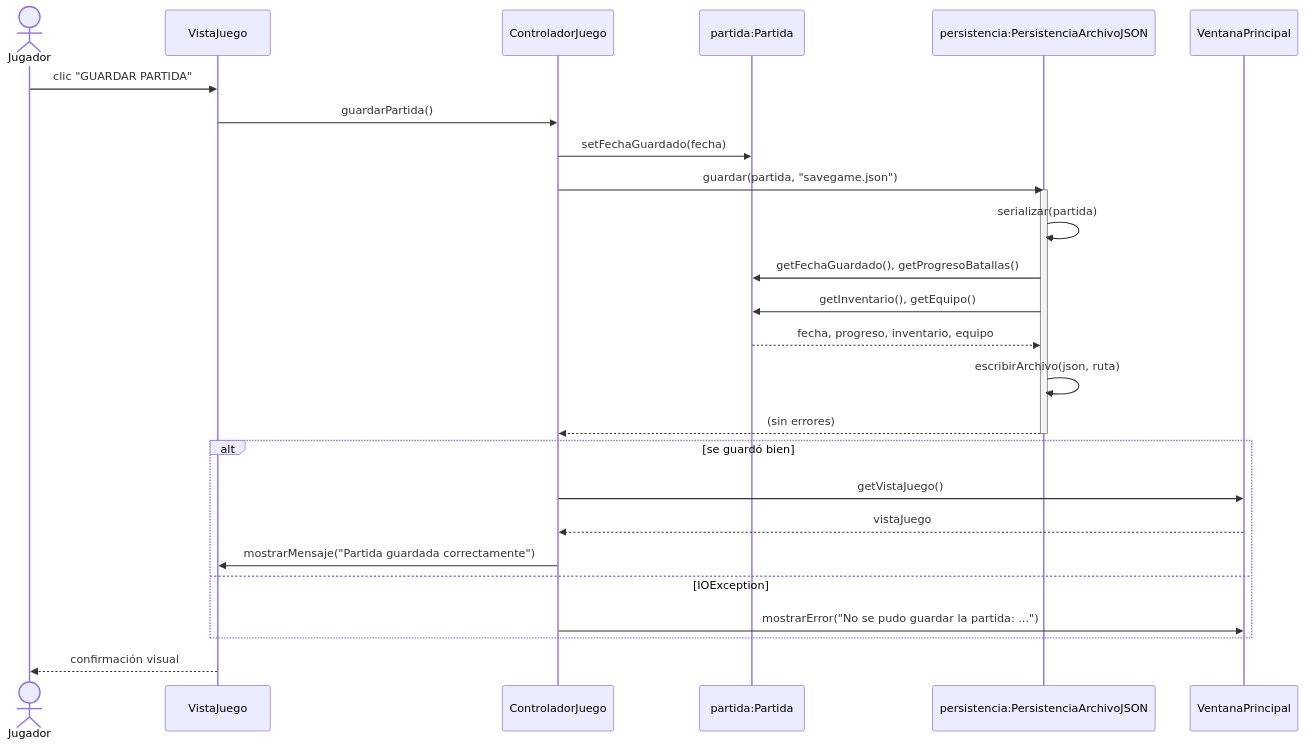
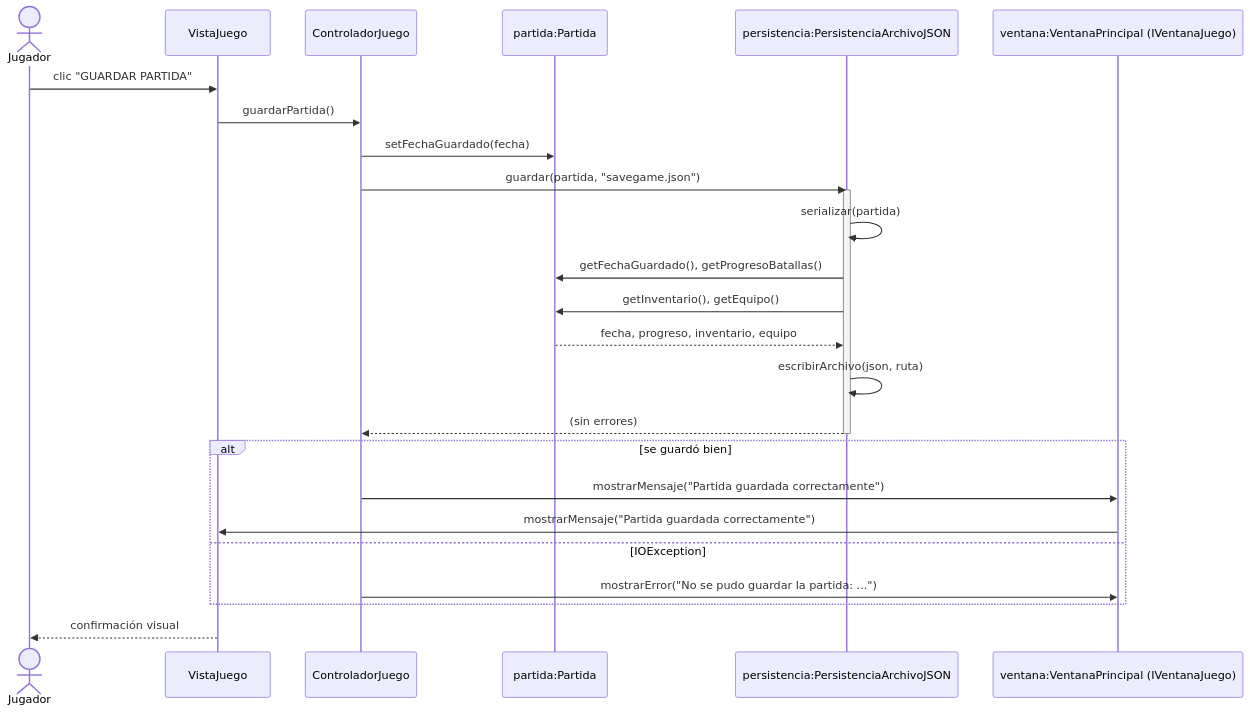
The diagram in AshbornRise/diagramas/secuencia3_guardado.mmd (guidoalongi/ashbornRise), drawn with Mermaid before and after one commit. The commit also changed 25 other files, not shown here.

First line of the commit message:
Interfaces entre controladores y vista, Comparator para el orden de turnos y diagramas actualizados

```diff
--- a/AshbornRise/diagramas/secuencia3_guardado.mmd
+++ b/AshbornRise/diagramas/secuencia3_guardado.mmd
@@ -1,28 +1,27 @@
 sequenceDiagram
     actor Jugador
     participant VJ as VistaJuego
     participant CJ as ControladorJuego
     participant P as partida:Partida
     participant PJ as persistencia:PersistenciaArchivoJSON
-    participant VP as VentanaPrincipal
+    participant VP as ventana:VentanaPrincipal (IVentanaJuego)
 
     Jugador->>VJ: clic "GUARDAR PARTIDA"
     VJ->>CJ: guardarPartida()
     CJ->>P: setFechaGuardado(fecha)
     CJ->>PJ: guardar(partida, "savegame.json")
     activate PJ
     PJ->>PJ: serializar(partida)
     PJ->>P: getFechaGuardado(), getProgresoBatallas()
     PJ->>P: getInventario(), getEquipo()
     P-->>PJ: fecha, progreso, inventario, equipo
     PJ->>PJ: escribirArchivo(json, ruta)
     PJ-->>CJ: (sin errores)
     deactivate PJ
     alt se guardó bien
-        CJ->>VP: getVistaJuego()
-        VP-->>CJ: vistaJuego
-        CJ->>VJ: mostrarMensaje("Partida guardada correctamente")
+        CJ->>VP: mostrarMensaje("Partida guardada correctamente")
+        VP->>VJ: mostrarMensaje("Partida guardada correctamente")
     else IOException
         CJ->>VP: mostrarError("No se pudo guardar la partida: ...")
     end
     VJ-->>Jugador: confirmación visual
```
